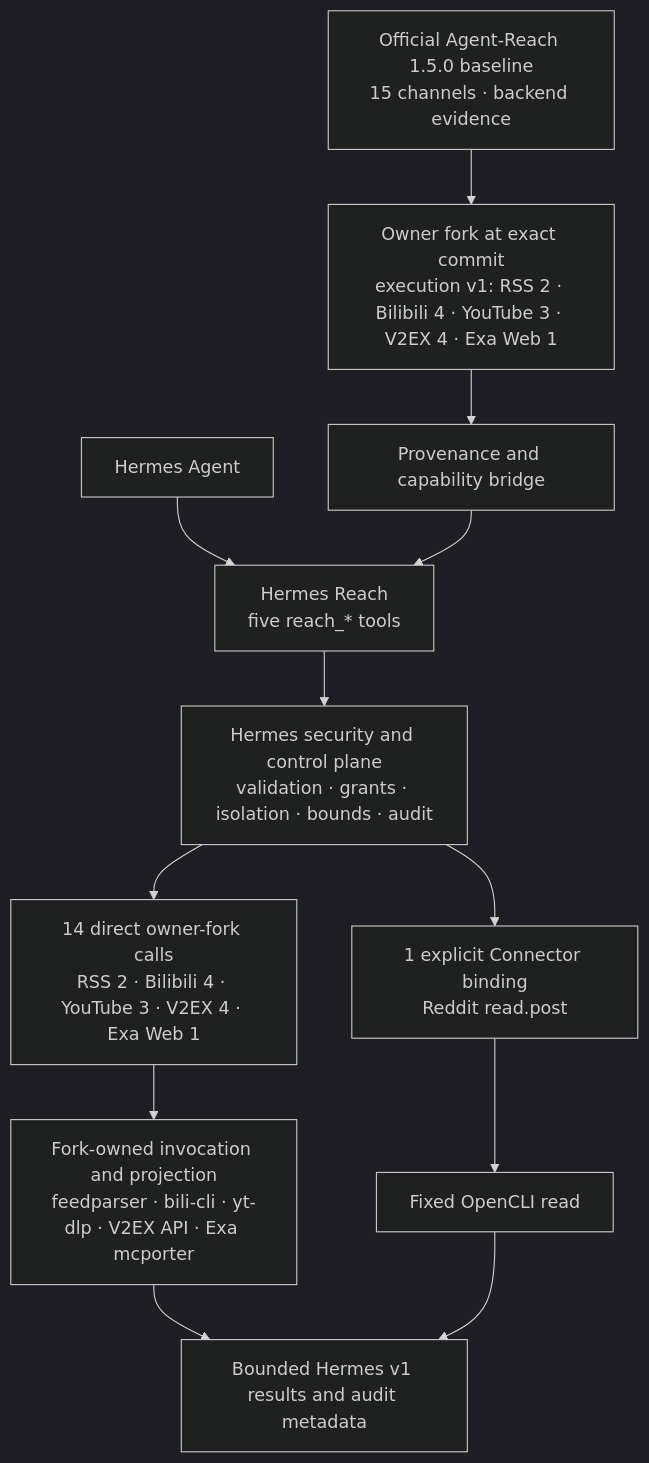
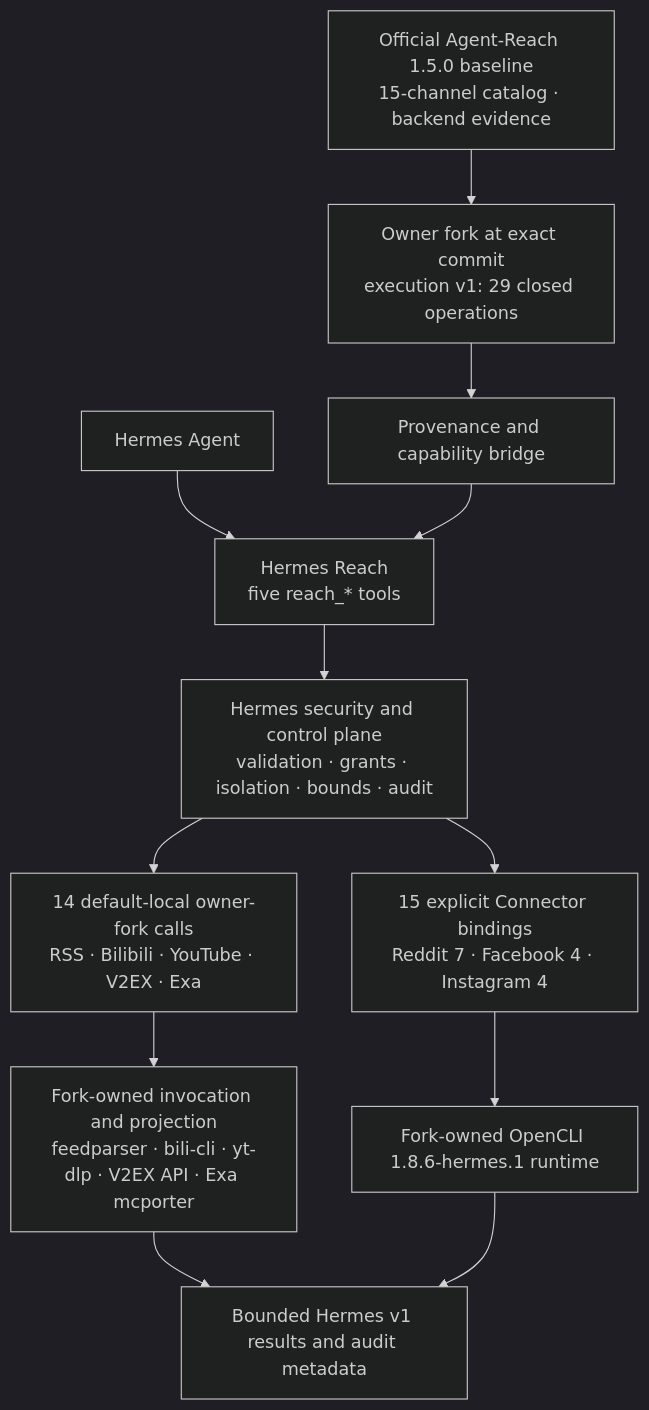
One commit to izumi0uu/hermes-reach changed the first of 2 diagrams in README_EN.md. Above: the diagram before and after it, drawn with Mermaid (dark theme). The commit also changed other lines of this file and 45 other files, not shown here.

Commit message:
feat(agent-reach): execute OpenCLI social platform batch

````diff
--- a/README_EN.md
+++ b/README_EN.md
@@ -331,14 +369,14 @@
 ```mermaid
 flowchart TD
     Hermes["Hermes Agent"] --> Plugin["Hermes Reach<br/>five reach_* tools"]
-    Upstream["Official Agent-Reach 1.5.0 baseline<br/>15 channels · backend evidence"] --> Fork["Owner fork at exact commit<br/>execution v1: RSS 2 · Bilibili 4 · YouTube 3 · V2EX 4 · Exa Web 1"]
+    Upstream["Official Agent-Reach 1.5.0 baseline<br/>15-channel catalog · backend evidence"] --> Fork["Owner fork at exact commit<br/>execution v1: 29 closed operations"]
     Fork --> Bridge["Provenance and capability bridge"]
     Bridge --> Plugin
     Plugin --> Guard["Hermes security and control plane<br/>validation · grants · isolation · bounds · audit"]
-    Guard --> ForkOps["14 direct owner-fork calls<br/>RSS 2 · Bilibili 4 · YouTube 3 · V2EX 4 · Exa Web 1"]
-    Guard --> Connector["1 explicit Connector binding<br/>Reddit read.post"]
+    Guard --> ForkOps["14 default-local owner-fork calls<br/>RSS · Bilibili · YouTube · V2EX · Exa"]
+    Guard --> Connector["15 explicit Connector bindings<br/>Reddit 7 · Facebook 4 · Instagram 4"]
     ForkOps --> ForkBackends["Fork-owned invocation and projection<br/>feedparser · bili-cli · yt-dlp · V2EX API · Exa mcporter"]
-    Connector --> OpenCLI["Fixed OpenCLI read"]
+    Connector --> OpenCLI["Fork-owned OpenCLI 1.8.6-hermes.1 runtime"]
     ForkBackends --> Results["Bounded Hermes v1 results and audit metadata"]
     OpenCLI --> Results
 ```
````
